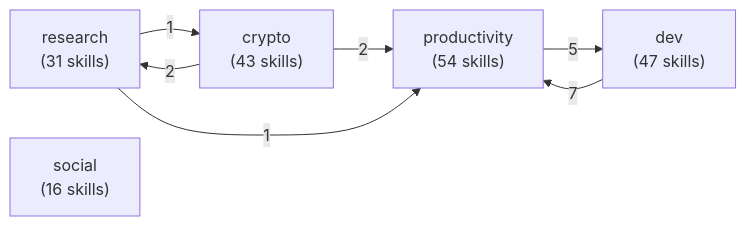
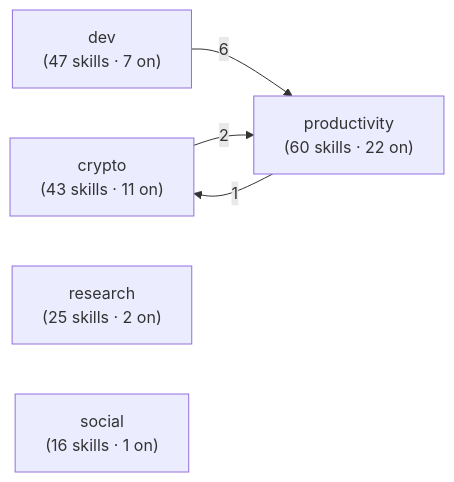
One commit to anajuliabit/aeon changed the first of 7 diagrams in docs/skill-graph.md. Above: the diagram before and after it, drawn with Mermaid. The commit also changed other lines of this file and 8 other files, not shown here.

First line of the commit message:
docs(skill-graph): +68 skills · 4→5 depends_on · 9→21 shared-state (#155)

````diff
--- a/docs/skill-graph.md
+++ b/docs/skill-graph.md
@@ -22,14 +22,11 @@
 ```mermaid
 flowchart LR
-  research["research<br/>(31 skills)"]
-  dev["dev<br/>(47 skills)"]
-  crypto["crypto<br/>(43 skills)"]
-  social["social<br/>(16 skills)"]
-  productivity["productivity<br/>(54 skills)"]
+  crypto["crypto<br/>(43 skills · 11 on)"]
+  dev["dev<br/>(47 skills · 7 on)"]
+  productivity["productivity<br/>(60 skills · 22 on)"]
+  research["research<br/>(25 skills · 2 on)"]
+  social["social<br/>(16 skills · 1 on)"]
+  dev -->|6| productivity
   crypto -->|2| productivity
-  crypto -->|2| research
-  dev -->|7| productivity
-  productivity -->|5| dev
-  research -->|1| crypto
-  research -->|1| productivity
+  productivity -->|1| crypto
 ```
````
